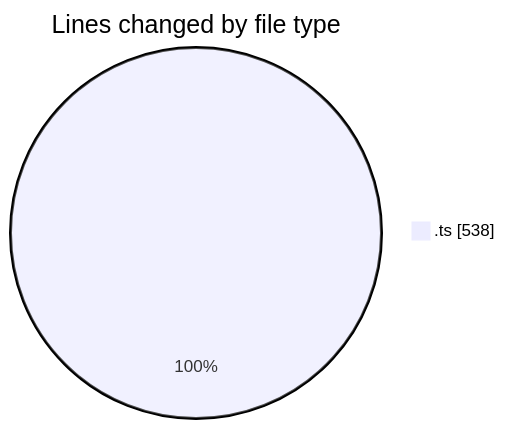
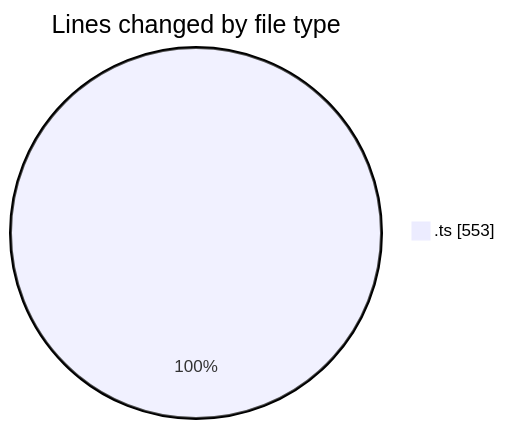
The first of 2 diagrams in 2025-08-01/cda/README.md (momahboobian/code-tracking), drawn with Mermaid before and after one commit. The commit also changed other lines of this file and 1 other file, not shown here.

````diff
--- a/2025-08-01/cda/README.md
+++ b/2025-08-01/cda/README.md
@@ -20,5 +20,5 @@
 ```mermaid
 pie showData
 title Lines changed by file type
-".ts" : 538
+".ts" : 553
 ```
````
